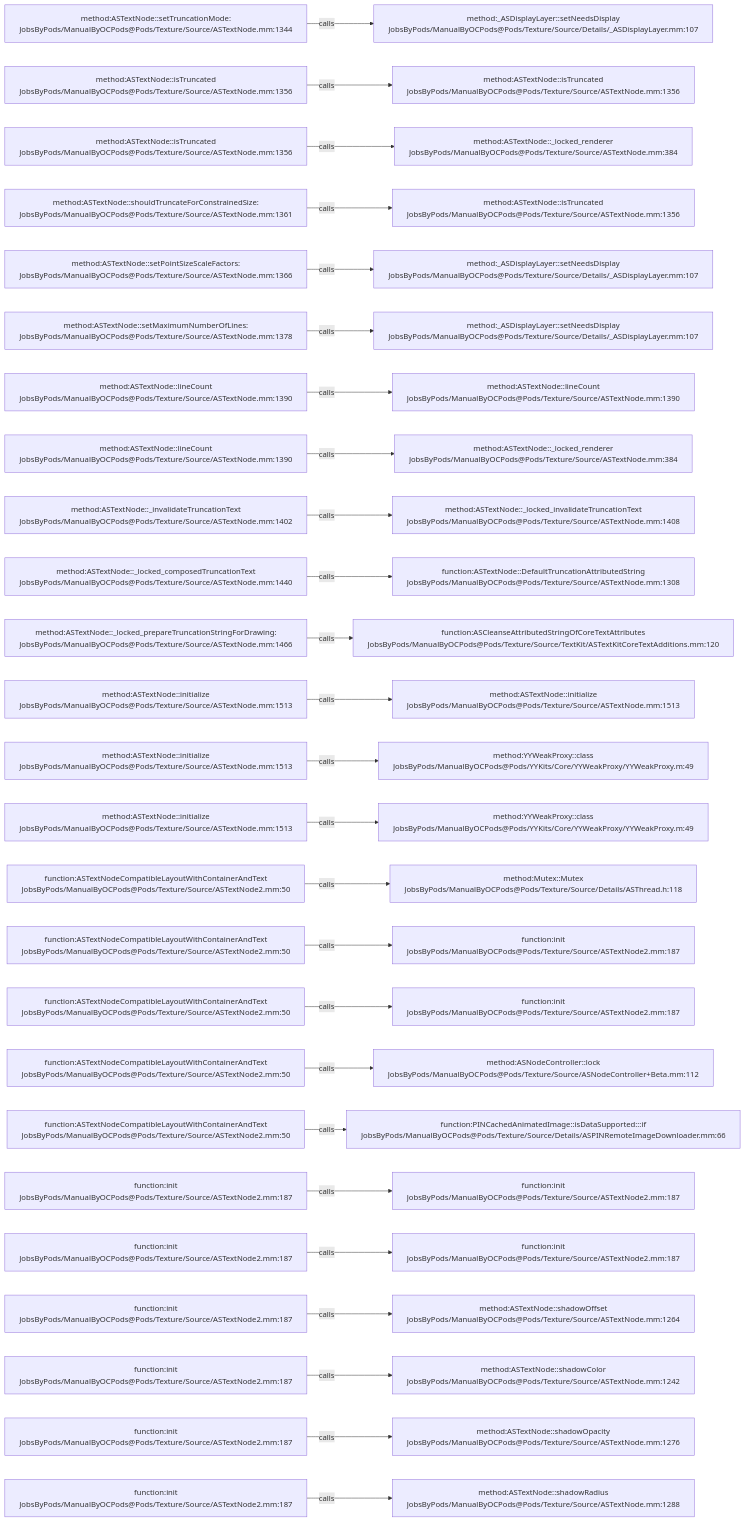
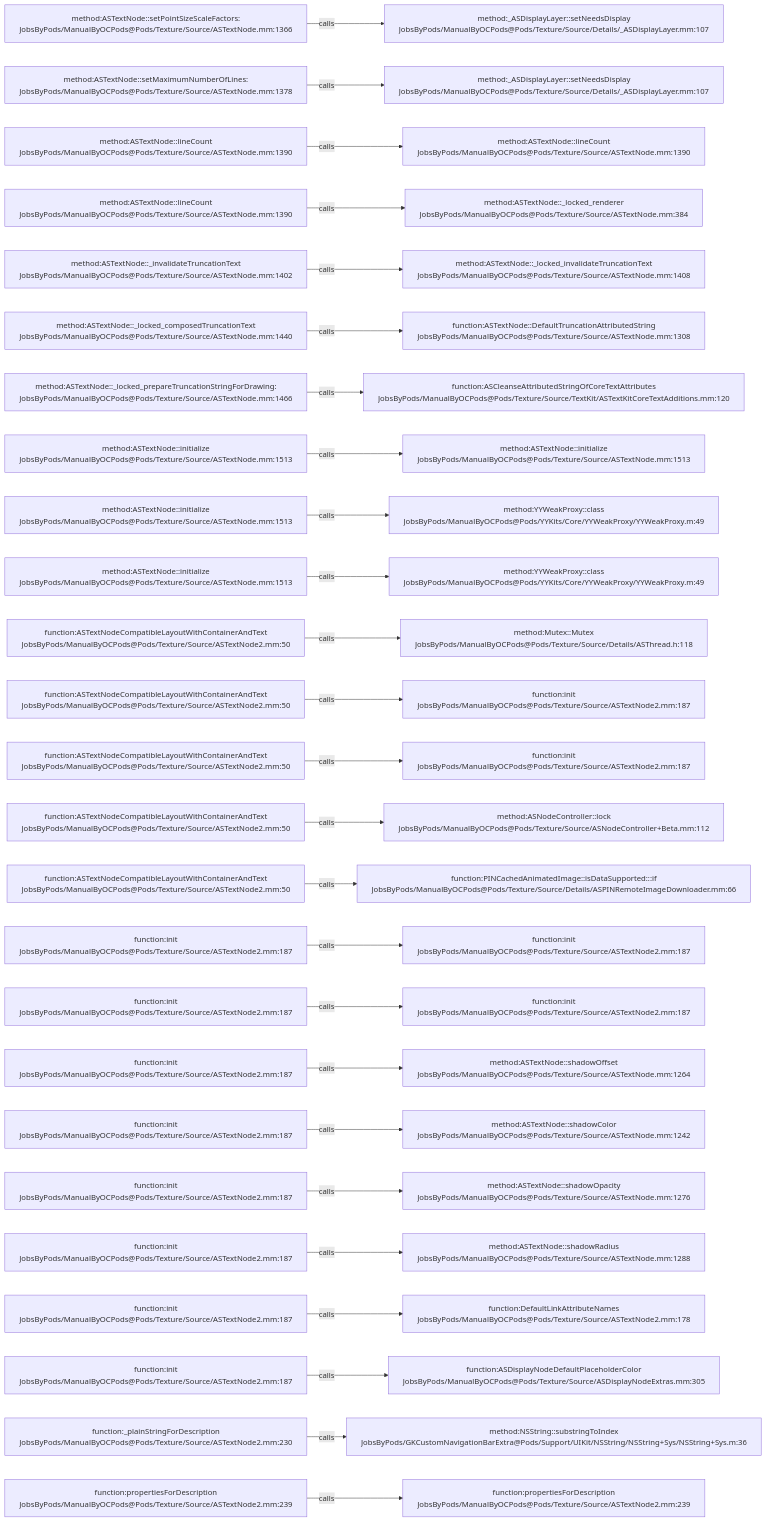
Before and after one commit to JobsKits/JobsOCBaseConfigDemo: the diagram in .codegraph/codegraph.md/graphs/calls-136.md, drawn with Mermaid. The commit also changed 727 other files, not shown here.

````diff
--- a/.codegraph/codegraph.md/graphs/calls-136.md
+++ b/.codegraph/codegraph.md/graphs/calls-136.md
@@ -13,78 +13,78 @@
 ```mermaid
 flowchart LR
-  S1["method:ASTextNode::setTruncationMode:<br/>JobsByPods/ManualByOCPods@Pods/Texture/Source/ASTextNode.mm:1344"]
+  S1["method:ASTextNode::setPointSizeScaleFactors:<br/>JobsByPods/ManualByOCPods@Pods/Texture/Source/ASTextNode.mm:1366"]
   T1["method:_ASDisplayLayer::setNeedsDisplay<br/>JobsByPods/ManualByOCPods@Pods/Texture/Source/Details/_ASDisplayLayer.mm:107"]
   S1 -->|calls| T1
-  S2["method:ASTextNode::isTruncated<br/>JobsByPods/ManualByOCPods@Pods/Texture/Source/ASTextNode.mm:1356"]
-  T2["method:ASTextNode::isTruncated<br/>JobsByPods/ManualByOCPods@Pods/Texture/Source/ASTextNode.mm:1356"]
+  S2["method:ASTextNode::setMaximumNumberOfLines:<br/>JobsByPods/ManualByOCPods@Pods/Texture/Source/ASTextNode.mm:1378"]
+  T2["method:_ASDisplayLayer::setNeedsDisplay<br/>JobsByPods/ManualByOCPods@Pods/Texture/Source/Details/_ASDisplayLayer.mm:107"]
   S2 -->|calls| T2
-  S3["method:ASTextNode::isTruncated<br/>JobsByPods/ManualByOCPods@Pods/Texture/Source/ASTextNode.mm:1356"]
-  T3["method:ASTextNode::_locked_renderer<br/>JobsByPods/ManualByOCPods@Pods/Texture/Source/ASTextNode.mm:384"]
+  S3["method:ASTextNode::lineCount<br/>JobsByPods/ManualByOCPods@Pods/Texture/Source/ASTextNode.mm:1390"]
+  T3["method:ASTextNode::lineCount<br/>JobsByPods/ManualByOCPods@Pods/Texture/Source/ASTextNode.mm:1390"]
   S3 -->|calls| T3
-  S4["method:ASTextNode::shouldTruncateForConstrainedSize:<br/>JobsByPods/ManualByOCPods@Pods/Texture/Source/ASTextNode.mm:1361"]
-  T4["method:ASTextNode::isTruncated<br/>JobsByPods/ManualByOCPods@Pods/Texture/Source/ASTextNode.mm:1356"]
+  S4["method:ASTextNode::lineCount<br/>JobsByPods/ManualByOCPods@Pods/Texture/Source/ASTextNode.mm:1390"]
+  T4["method:ASTextNode::_locked_renderer<br/>JobsByPods/ManualByOCPods@Pods/Texture/Source/ASTextNode.mm:384"]
   S4 -->|calls| T4
-  S5["method:ASTextNode::setPointSizeScaleFactors:<br/>JobsByPods/ManualByOCPods@Pods/Texture/Source/ASTextNode.mm:1366"]
-  T5["method:_ASDisplayLayer::setNeedsDisplay<br/>JobsByPods/ManualByOCPods@Pods/Texture/Source/Details/_ASDisplayLayer.mm:107"]
+  S5["method:ASTextNode::_invalidateTruncationText<br/>JobsByPods/ManualByOCPods@Pods/Texture/Source/ASTextNode.mm:1402"]
+  T5["method:ASTextNode::_locked_invalidateTruncationText<br/>JobsByPods/ManualByOCPods@Pods/Texture/Source/ASTextNode.mm:1408"]
   S5 -->|calls| T5
-  S6["method:ASTextNode::setMaximumNumberOfLines:<br/>JobsByPods/ManualByOCPods@Pods/Texture/Source/ASTextNode.mm:1378"]
-  T6["method:_ASDisplayLayer::setNeedsDisplay<br/>JobsByPods/ManualByOCPods@Pods/Texture/Source/Details/_ASDisplayLayer.mm:107"]
+  S6["method:ASTextNode::_locked_composedTruncationText<br/>JobsByPods/ManualByOCPods@Pods/Texture/Source/ASTextNode.mm:1440"]
+  T6["function:ASTextNode::DefaultTruncationAttributedString<br/>JobsByPods/ManualByOCPods@Pods/Texture/Source/ASTextNode.mm:1308"]
   S6 -->|calls| T6
-  S7["method:ASTextNode::lineCount<br/>JobsByPods/ManualByOCPods@Pods/Texture/Source/ASTextNode.mm:1390"]
-  T7["method:ASTextNode::lineCount<br/>JobsByPods/ManualByOCPods@Pods/Texture/Source/ASTextNode.mm:1390"]
+  S7["method:ASTextNode::_locked_prepareTruncationStringForDrawing:<br/>JobsByPods/ManualByOCPods@Pods/Texture/Source/ASTextNode.mm:1466"]
+  T7["function:ASCleanseAttributedStringOfCoreTextAttributes<br/>JobsByPods/ManualByOCPods@Pods/Texture/Source/TextKit/ASTextKitCoreTextAdditions.mm:120"]
   S7 -->|calls| T7
-  S8["method:ASTextNode::lineCount<br/>JobsByPods/ManualByOCPods@Pods/Texture/Source/ASTextNode.mm:1390"]
-  T8["method:ASTextNode::_locked_renderer<br/>JobsByPods/ManualByOCPods@Pods/Texture/Source/ASTextNode.mm:384"]
+  S8["method:ASTextNode::initialize<br/>JobsByPods/ManualByOCPods@Pods/Texture/Source/ASTextNode.mm:1513"]
+  T8["method:ASTextNode::initialize<br/>JobsByPods/ManualByOCPods@Pods/Texture/Source/ASTextNode.mm:1513"]
   S8 -->|calls| T8
-  S9["method:ASTextNode::_invalidateTruncationText<br/>JobsByPods/ManualByOCPods@Pods/Texture/Source/ASTextNode.mm:1402"]
-  T9["method:ASTextNode::_locked_invalidateTruncationText<br/>JobsByPods/ManualByOCPods@Pods/Texture/Source/ASTextNode.mm:1408"]
+  S9["method:ASTextNode::initialize<br/>JobsByPods/ManualByOCPods@Pods/Texture/Source/ASTextNode.mm:1513"]
+  T9["method:YYWeakProxy::class<br/>JobsByPods/ManualByOCPods@Pods/YYKits/Core/YYWeakProxy/YYWeakProxy.m:49"]
   S9 -->|calls| T9
-  S10["method:ASTextNode::_locked_composedTruncationText<br/>JobsByPods/ManualByOCPods@Pods/Texture/Source/ASTextNode.mm:1440"]
-  T10["function:ASTextNode::DefaultTruncationAttributedString<br/>JobsByPods/ManualByOCPods@Pods/Texture/Source/ASTextNode.mm:1308"]
+  S10["method:ASTextNode::initialize<br/>JobsByPods/ManualByOCPods@Pods/Texture/Source/ASTextNode.mm:1513"]
+  T10["method:YYWeakProxy::class<br/>JobsByPods/ManualByOCPods@Pods/YYKits/Core/YYWeakProxy/YYWeakProxy.m:49"]
   S10 -->|calls| T10
-  S11["method:ASTextNode::_locked_prepareTruncationStringForDrawing:<br/>JobsByPods/ManualByOCPods@Pods/Texture/Source/ASTextNode.mm:1466"]
-  T11["function:ASCleanseAttributedStringOfCoreTextAttributes<br/>JobsByPods/ManualByOCPods@Pods/Texture/Source/TextKit/ASTextKitCoreTextAdditions.mm:120"]
+  S11["function:ASTextNodeCompatibleLayoutWithContainerAndText<br/>JobsByPods/ManualByOCPods@Pods/Texture/Source/ASTextNode2.mm:50"]
+  T11["method:Mutex::Mutex<br/>JobsByPods/ManualByOCPods@Pods/Texture/Source/Details/ASThread.h:118"]
   S11 -->|calls| T11
-  S12["method:ASTextNode::initialize<br/>JobsByPods/ManualByOCPods@Pods/Texture/Source/ASTextNode.mm:1513"]
-  T12["method:ASTextNode::initialize<br/>JobsByPods/ManualByOCPods@Pods/Texture/Source/ASTextNode.mm:1513"]
+  S12["function:ASTextNodeCompatibleLayoutWithContainerAndText<br/>JobsByPods/ManualByOCPods@Pods/Texture/Source/ASTextNode2.mm:50"]
+  T12["function:init<br/>JobsByPods/ManualByOCPods@Pods/Texture/Source/ASTextNode2.mm:187"]
   S12 -->|calls| T12
-  S13["method:ASTextNode::initialize<br/>JobsByPods/ManualByOCPods@Pods/Texture/Source/ASTextNode.mm:1513"]
-  T13["method:YYWeakProxy::class<br/>JobsByPods/ManualByOCPods@Pods/YYKits/Core/YYWeakProxy/YYWeakProxy.m:49"]
+  S13["function:ASTextNodeCompatibleLayoutWithContainerAndText<br/>JobsByPods/ManualByOCPods@Pods/Texture/Source/ASTextNode2.mm:50"]
+  T13["function:init<br/>JobsByPods/ManualByOCPods@Pods/Texture/Source/ASTextNode2.mm:187"]
   S13 -->|calls| T13
-  S14["method:ASTextNode::initialize<br/>JobsByPods/ManualByOCPods@Pods/Texture/Source/ASTextNode.mm:1513"]
-  T14["method:YYWeakProxy::class<br/>JobsByPods/ManualByOCPods@Pods/YYKits/Core/YYWeakProxy/YYWeakProxy.m:49"]
+  S14["function:ASTextNodeCompatibleLayoutWithContainerAndText<br/>JobsByPods/ManualByOCPods@Pods/Texture/Source/ASTextNode2.mm:50"]
+  T14["method:ASNodeController::lock<br/>JobsByPods/ManualByOCPods@Pods/Texture/Source/ASNodeController+Beta.mm:112"]
   S14 -->|calls| T14
   S15["function:ASTextNodeCompatibleLayoutWithContainerAndText<br/>JobsByPods/ManualByOCPods@Pods/Texture/Source/ASTextNode2.mm:50"]
-  T15["method:Mutex::Mutex<br/>JobsByPods/ManualByOCPods@Pods/Texture/Source/Details/ASThread.h:118"]
+  T15["function:PINCachedAnimatedImage::isDataSupported:::if<br/>JobsByPods/ManualByOCPods@Pods/Texture/Source/Details/ASPINRemoteImageDownloader.mm:66"]
   S15 -->|calls| T15
-  S16["function:ASTextNodeCompatibleLayoutWithContainerAndText<br/>JobsByPods/ManualByOCPods@Pods/Texture/Source/ASTextNode2.mm:50"]
+  S16["function:init<br/>JobsByPods/ManualByOCPods@Pods/Texture/Source/ASTextNode2.mm:187"]
   T16["function:init<br/>JobsByPods/ManualByOCPods@Pods/Texture/Source/ASTextNode2.mm:187"]
   S16 -->|calls| T16
-  S17["function:ASTextNodeCompatibleLayoutWithContainerAndText<br/>JobsByPods/ManualByOCPods@Pods/Texture/Source/ASTextNode2.mm:50"]
+  S17["function:init<br/>JobsByPods/ManualByOCPods@Pods/Texture/Source/ASTextNode2.mm:187"]
   T17["function:init<br/>JobsByPods/ManualByOCPods@Pods/Texture/Source/ASTextNode2.mm:187"]
   S17 -->|calls| T17
-  S18["function:ASTextNodeCompatibleLayoutWithContainerAndText<br/>JobsByPods/ManualByOCPods@Pods/Texture/Source/ASTextNode2.mm:50"]
-  T18["method:ASNodeController::lock<br/>JobsByPods/ManualByOCPods@Pods/Texture/Source/ASNodeController+Beta.mm:112"]
+  S18["function:init<br/>JobsByPods/ManualByOCPods@Pods/Texture/Source/ASTextNode2.mm:187"]
+  T18["method:ASTextNode::shadowOffset<br/>JobsByPods/ManualByOCPods@Pods/Texture/Source/ASTextNode.mm:1264"]
   S18 -->|calls| T18
-  S19["function:ASTextNodeCompatibleLayoutWithContainerAndText<br/>JobsByPods/ManualByOCPods@Pods/Texture/Source/ASTextNode2.mm:50"]
-  T19["function:PINCachedAnimatedImage::isDataSupported:::if<br/>JobsByPods/ManualByOCPods@Pods/Texture/Source/Details/ASPINRemoteImageDownloader.mm:66"]
+  S19["function:init<br/>JobsByPods/ManualByOCPods@Pods/Texture/Source/ASTextNode2.mm:187"]
+  T19["method:ASTextNode::shadowColor<br/>JobsByPods/ManualByOCPods@Pods/Texture/Source/ASTextNode.mm:1242"]
   S19 -->|calls| T19
   S20["function:init<br/>JobsByPods/ManualByOCPods@Pods/Texture/Source/ASTextNode2.mm:187"]
-  T20["function:init<br/>JobsByPods/ManualByOCPods@Pods/Texture/Source/ASTextNode2.mm:187"]
+  T20["method:ASTextNode::shadowOpacity<br/>JobsByPods/ManualByOCPods@Pods/Texture/Source/ASTextNode.mm:1276"]
   S20 -->|calls| T20
   S21["function:init<br/>JobsByPods/ManualByOCPods@Pods/Texture/Source/ASTextNode2.mm:187"]
-  T21["function:init<br/>JobsByPods/ManualByOCPods@Pods/Texture/Source/ASTextNode2.mm:187"]
+  T21["method:ASTextNode::shadowRadius<br/>JobsByPods/ManualByOCPods@Pods/Texture/Source/ASTextNode.mm:1288"]
   S21 -->|calls| T21
   S22["function:init<br/>JobsByPods/ManualByOCPods@Pods/Texture/Source/ASTextNode2.mm:187"]
-  T22["method:ASTextNode::shadowOffset<br/>JobsByPods/ManualByOCPods@Pods/Texture/Source/ASTextNode.mm:1264"]
+  T22["function:DefaultLinkAttributeNames<br/>JobsByPods/ManualByOCPods@Pods/Texture/Source/ASTextNode2.mm:178"]
   S22 -->|calls| T22
   S23["function:init<br/>JobsByPods/ManualByOCPods@Pods/Texture/Source/ASTextNode2.mm:187"]
-  T23["method:ASTextNode::shadowColor<br/>JobsByPods/ManualByOCPods@Pods/Texture/Source/ASTextNode.mm:1242"]
+  T23["function:ASDisplayNodeDefaultPlaceholderColor<br/>JobsByPods/ManualByOCPods@Pods/Texture/Source/ASDisplayNodeExtras.mm:305"]
   S23 -->|calls| T23
-  S24["function:init<br/>JobsByPods/ManualByOCPods@Pods/Texture/Source/ASTextNode2.mm:187"]
-  T24["method:ASTextNode::shadowOpacity<br/>JobsByPods/ManualByOCPods@Pods/Texture/Source/ASTextNode.mm:1276"]
+  S24["function:_plainStringForDescription<br/>JobsByPods/ManualByOCPods@Pods/Texture/Source/ASTextNode2.mm:230"]
+  T24["method:NSString::substringToIndex<br/>JobsByPods/GKCustomNavigationBarExtra@Pods/Support/UIKit/NSString/NSString+Sys/NSString+Sys.m:36"]
   S24 -->|calls| T24
-  S25["function:init<br/>JobsByPods/ManualByOCPods@Pods/Texture/Source/ASTextNode2.mm:187"]
-  T25["method:ASTextNode::shadowRadius<br/>JobsByPods/ManualByOCPods@Pods/Texture/Source/ASTextNode.mm:1288"]
+  S25["function:propertiesForDescription<br/>JobsByPods/ManualByOCPods@Pods/Texture/Source/ASTextNode2.mm:239"]
+  T25["function:propertiesForDescription<br/>JobsByPods/ManualByOCPods@Pods/Texture/Source/ASTextNode2.mm:239"]
   S25 -->|calls| T25
 ```
````
